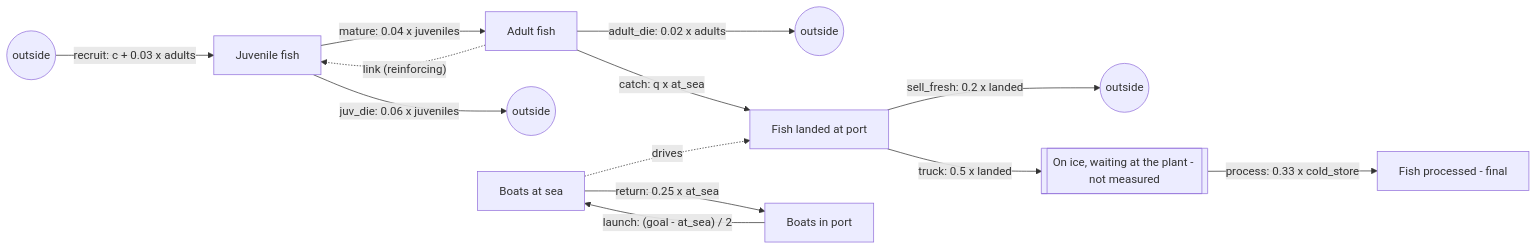
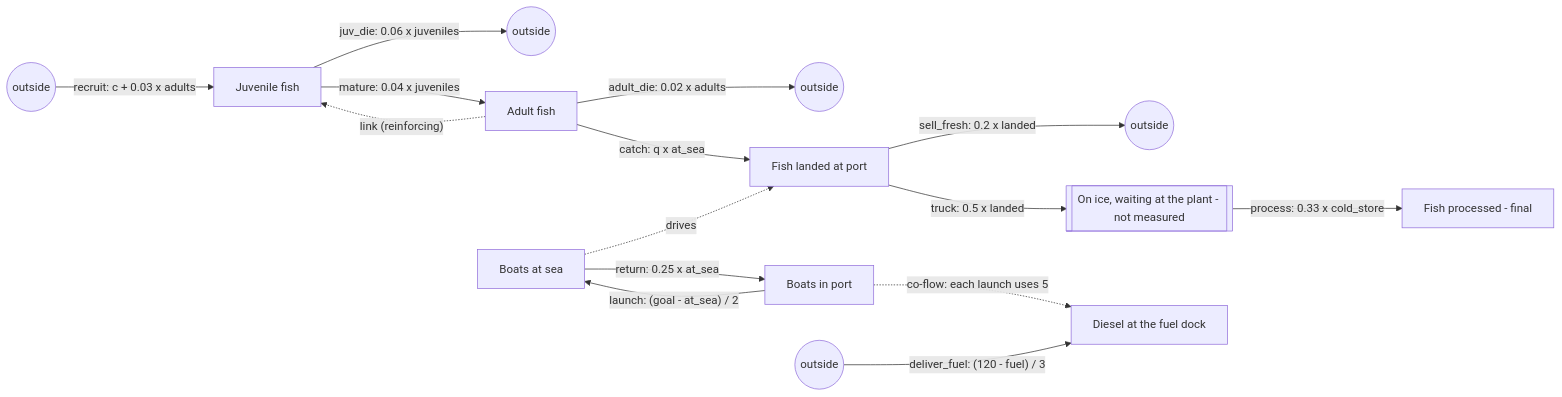
The diagram in sdlab/sdlab/examples/sd-fishery/README.md (danroblewis/orchestra), drawn with Mermaid before and after one commit. The commit also changed other lines of this file and 128 other files, not shown here.

First line of the commit message:
Benchmark v2: co-flows and effects in the ground-truth examples

````diff
--- a/sdlab/sdlab/examples/sd-fishery/README.md
+++ b/sdlab/sdlab/examples/sd-fishery/README.md
@@ -13,15 +15,17 @@
 ```mermaid
 flowchart LR
   out1((outside)) -- "recruit: c + 0.03 x adults" --> juveniles[Juvenile fish]
   adults -. link (reinforcing) .-> juveniles
   juveniles -- "juv_die: 0.06 x juveniles" --> out2((outside))
   juveniles -- "mature: 0.04 x juveniles" --> adults[Adult fish]
   adults -- "adult_die: 0.02 x adults" --> out3((outside))
   adults -- "catch: q x at_sea" --> landed[Fish landed at port]
   at_sea -. drives .-> landed
   in_port[Boats in port] -- "launch: (goal - at_sea) / 2" --> at_sea[Boats at sea]
   at_sea -- "return: 0.25 x at_sea" --> in_port
+  out5((outside)) -- "deliver_fuel: (120 - fuel) / 3" --> fuel[Diesel at the fuel dock]
+  in_port -. "co-flow: each launch uses 5" .-> fuel
   landed -- "sell_fresh: 0.2 x landed" --> out4((outside))
   landed -- "truck: 0.5 x landed" --> cold[[On ice, waiting at the plant - not measured]]
   cold -- "process: 0.33 x cold_store" --> processed[Fish processed - final]
 ```
````
